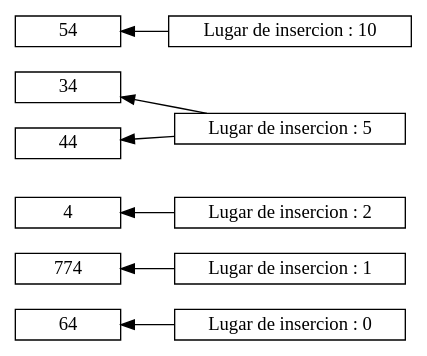
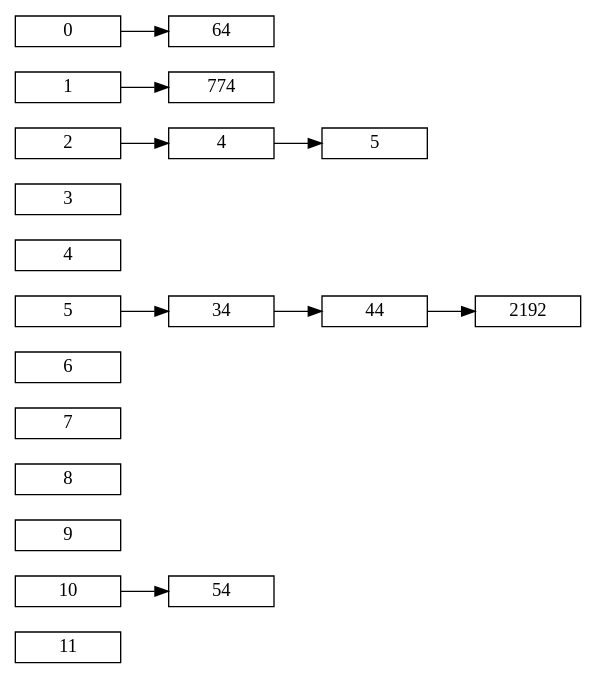
The diagram in hash/hash.dot (SergioMenaQuispe/visualizador), drawn with Graphviz before and after one commit. The commit also changed 16 other files, not shown here.

```diff
--- a/hash/hash.dot
+++ b/hash/hash.dot
@@ -1,13 +1,36 @@
 digraph Hash { 
- 	rankdir="RL" 
+ 	rankdir="LR" 
  	node [shape=record,width=.1,height=.1]
  
  node [shape=record,width=1.1,height=.1];
-	node0A[label =  " Lugar de insercion : 0 " ,width=1.5]
- node0A->64	node1A[label =  " Lugar de insercion : 1 " ,width=1.5]
- node1A->774	node2A[label =  " Lugar de insercion : 2 " ,width=1.5]
- node2A->4	node5A[label =  " Lugar de insercion : 5 " ,width=1.5]
- node5A->34	node5A[label =  " Lugar de insercion : 5 " ,width=1.5]
- node5A->44	node10A[label =  " Lugar de insercion : 10 " ,width=1.5]
- node10A->54
+
+node11[label =11];
+
+node10[label =10];
+
+node9[label =9];
+
+node8[label =8];
+
+node7[label =7];
+
+node6[label =6];
+
+node5[label =5];
+
+node4[label =4];
+
+node3[label =3];
+
+node2[label =2];
+
+node1[label =1];
+
+node0[label =0];
+
+node0->64
+node1->774
+node2->4->5
+node5->34->44->2192
+node10->54
 node [width = 1.5];}
```
